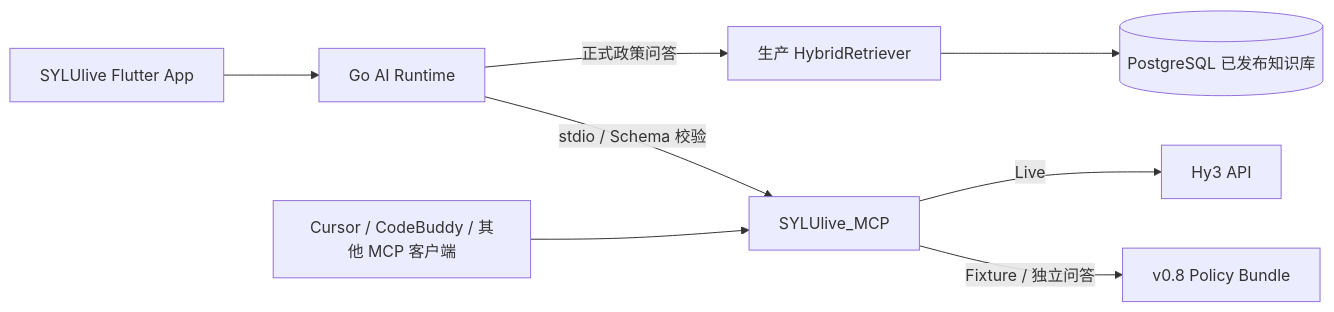
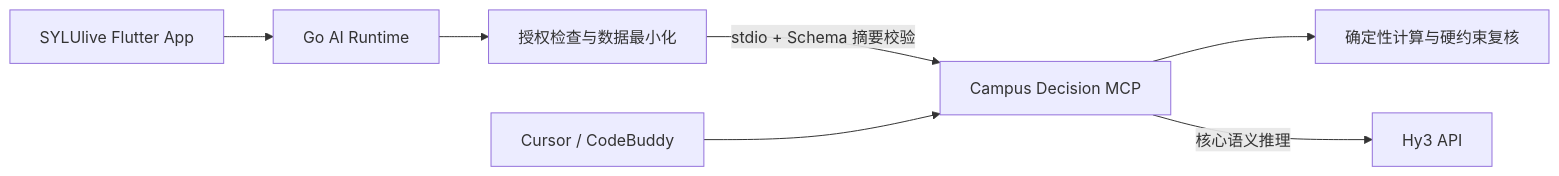
The diagram in README.md (zhouwu97/SYLUlive_MCP), drawn with Mermaid before and after one commit. The commit also changed other lines of this file and 15 other files, not shown here.

````diff
--- a/README.md
+++ b/README.md
@@ -21,13 +130,9 @@
 ```mermaid
 flowchart LR
-    U[SYLUlive Flutter App] --> G[Go AI Runtime]
-
-    G -->|正式政策问答| R[生产 HybridRetriever]
-    R --> D[(PostgreSQL 已发布知识库)]
-
-    G -->|stdio / Schema 校验| M[SYLUlive_MCP]
-    M -->|Live| H[Hy3 API]
-    M -->|Fixture / 独立问答| B[v0.8 Policy Bundle]
-
-    C[Cursor / CodeBuddy / 其他 MCP 客户端] --> M
+    U["SYLUlive Flutter App"] --> G["Go AI Runtime"]
+    G --> P["授权检查与数据最小化"]
+    P -->|"stdio + Schema 摘要校验"| M["Campus Decision MCP"]
+    M --> D["确定性计算与硬约束复核"]
+    M -->|"核心语义推理"| H["Hy3 API"]
+    C["Cursor / CodeBuddy"] --> M
 ```
````
